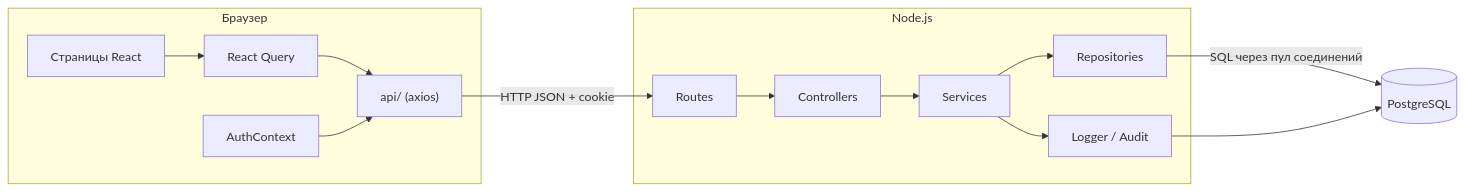
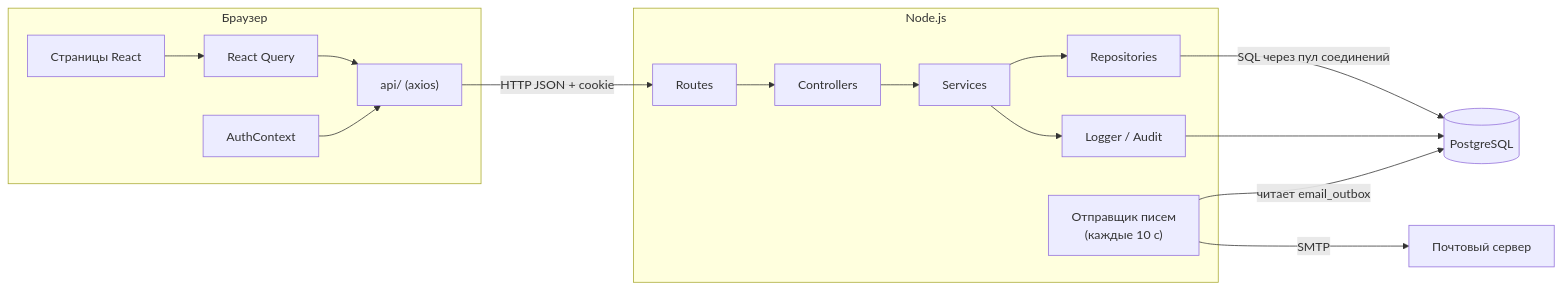
Diagram 14 of 17 in Technical_Design.md (AkmaralNur/Technical-design), drawn with Mermaid before and after one commit. The commit also changed other lines of this file, not shown here.

````diff
--- a/Technical_Design.md
+++ b/Technical_Design.md
@@ -2153,14 +2660,17 @@
 ```mermaid
 flowchart LR
     subgraph Browser["Браузер"]
         P["Страницы React"] --> Q["React Query"] --> AX["api/ (axios)"]
         AC["AuthContext"] --> AX
     end
     AX -- "HTTP JSON + cookie" --> R
     subgraph Server["Node.js"]
         R["Routes"] --> C["Controllers"] --> S["Services"] --> RP["Repositories"]
         S --> L["Logger / Audit"]
+        W["Отправщик писем<br/>(каждые 10 с)"]
     end
     RP -- "SQL через пул соединений" --> DB[("PostgreSQL")]
     L --> DB
+    W -- "читает email_outbox" --> DB
+    W -- "SMTP" --> MAIL["Почтовый сервер"]
 ```
````
